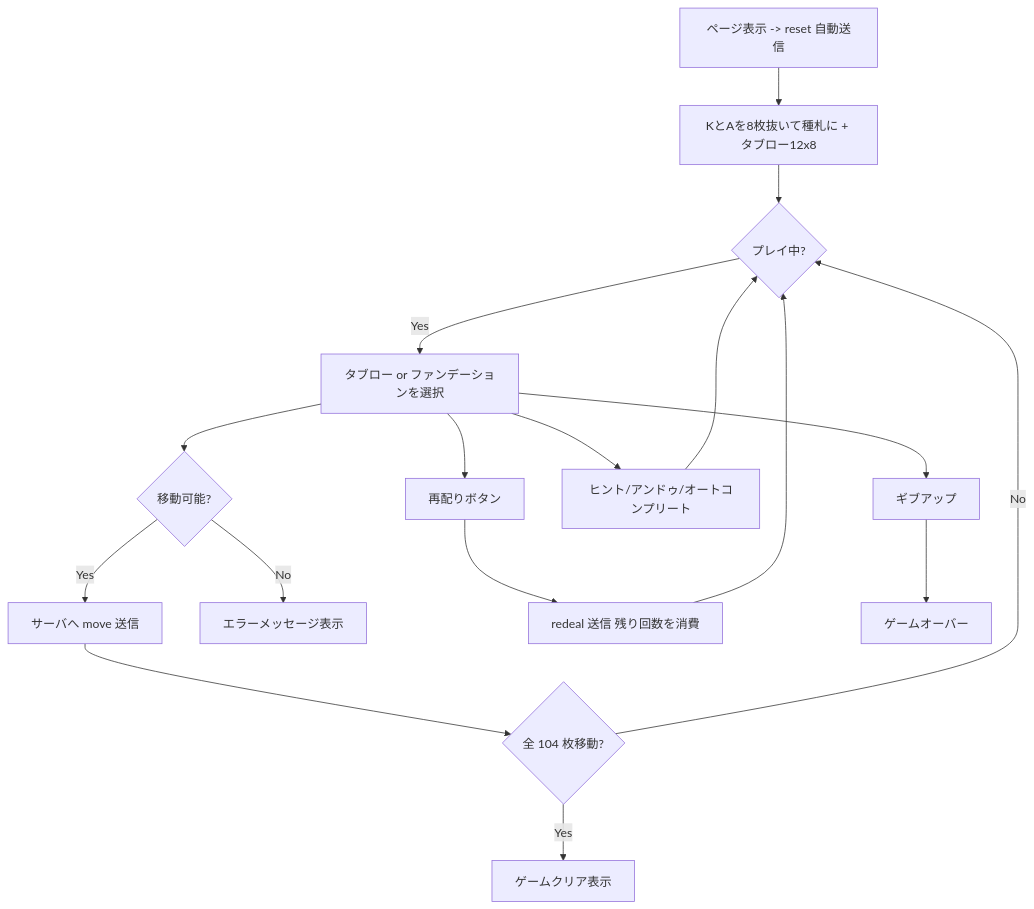
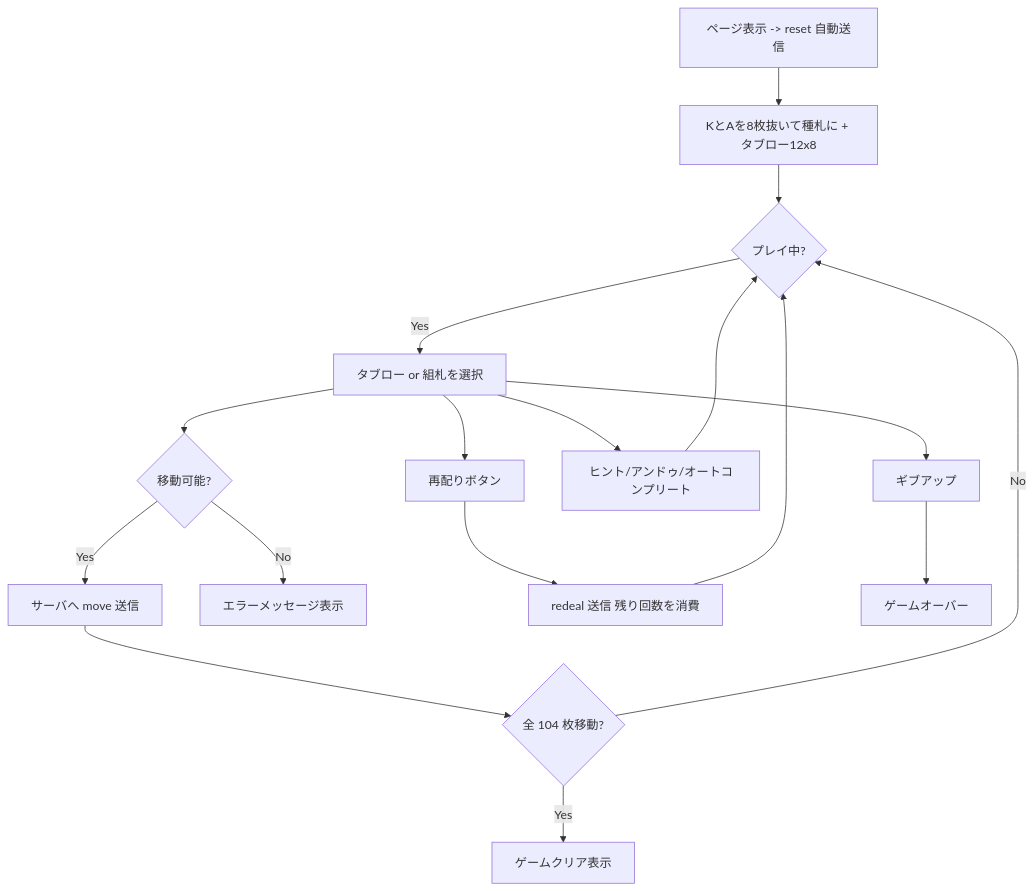
The diagram in docs/manual/web/sthelena.md (yuta-yoshinaga/go_trumpcards), drawn with Mermaid before and after one commit. The commit also changed other lines of this file and 49 other files, not shown here.

````diff
--- a/docs/manual/web/sthelena.md
+++ b/docs/manual/web/sthelena.md
@@ -59,19 +59,19 @@
 ```mermaid
 flowchart TD
     A[ページ表示 -> reset 自動送信] --> B[KとAを8枚抜いて種札に + タブロー12x8]
     B --> C{プレイ中?}
-    C -- Yes --> D[タブロー or ファンデーションを選択]
+    C -- Yes --> D[タブロー or 組札を選択]
     D --> E{移動可能?}
     E -- Yes --> F[サーバへ move 送信]
     E -- No --> G[エラーメッセージ表示]
     F --> H{全 104 枚移動?}
     H -- Yes --> I[ゲームクリア表示]
     H -- No --> C
     D --> J[再配りボタン]
     J --> K[redeal 送信 残り回数を消費]
     K --> C
     D --> L[ヒント/アンドゥ/オートコンプリート]
     L --> C
     D --> M[ギブアップ]
     M --> N[ゲームオーバー]
 ```
````
